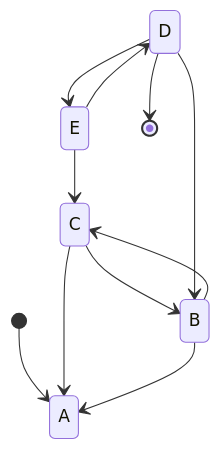
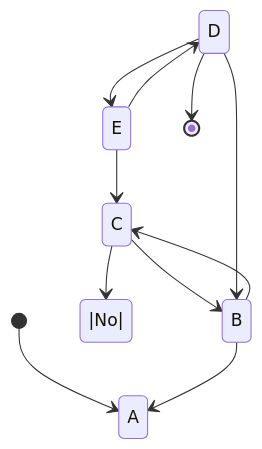
Before and after one commit to GiancarloBenavides/Telematics: the diagram in Enrutamiento/README.md, drawn with Mermaid.

````diff
--- a/Enrutamiento/README.md
+++ b/Enrutamiento/README.md
@@ -49,13 +49,13 @@
 ```mermaid
 stateDiagram-v2
     [*] --> A
-    C --> A
+    C --> |No| A
     C --> B   
     B --> A
     B --> C
     D --> B
     D --> E   
     E --> C
     E --> D
     D --> [*]
 ```
````
